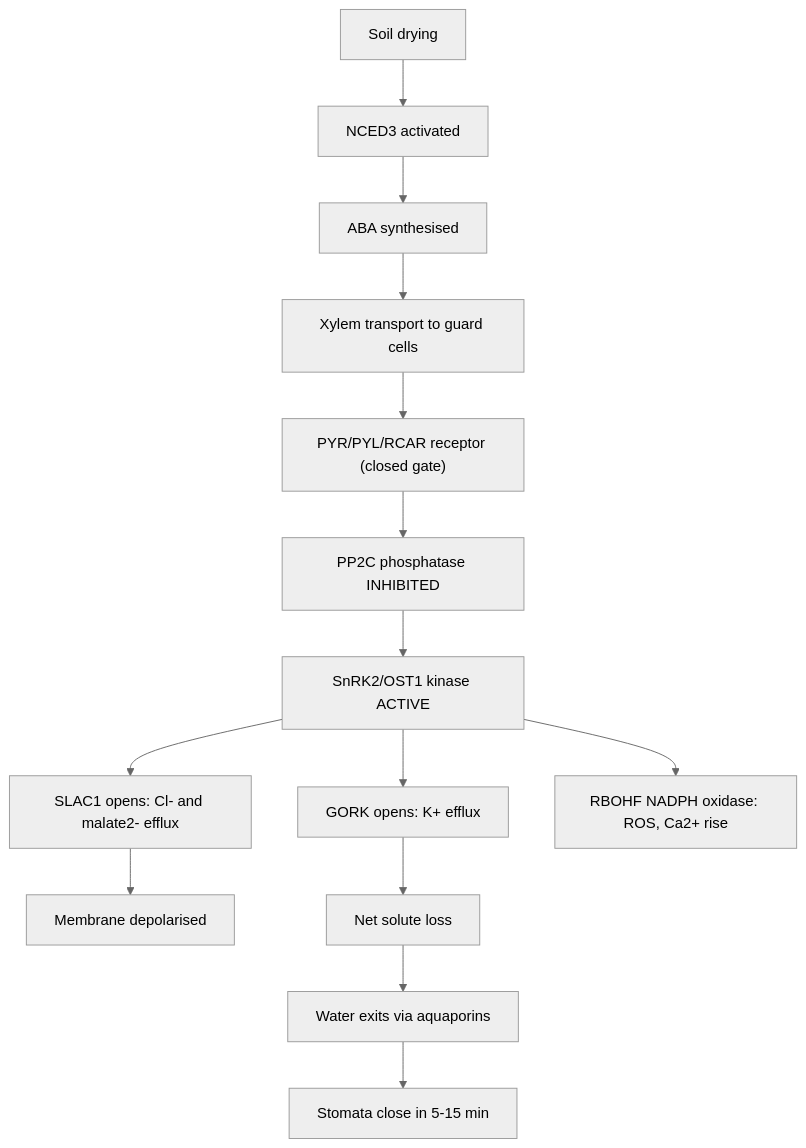
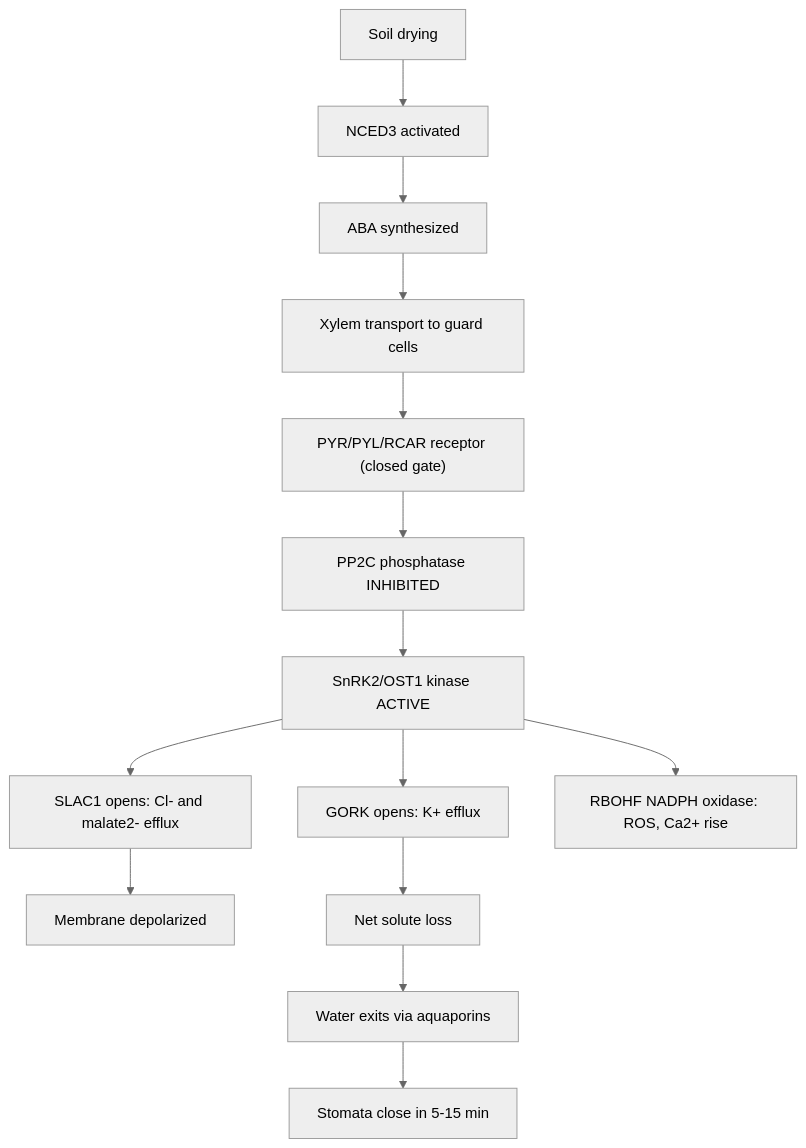
Before and after one commit to docxology/biology_textbook: the fifth of 6 diagrams in manuscript/unit_VIII/plant_structure_and_water.md, drawn with Mermaid (neutral theme). The commit also changed other lines of this file and 247 other files, not shown here.

````diff
--- a/manuscript/unit_VIII/plant_structure_and_water.md
+++ b/manuscript/unit_VIII/plant_structure_and_water.md
@@ -570,16 +570,16 @@
 ```mermaid
 flowchart TD
     Drought[Soil drying] --> NCED[NCED3 activated]
-    NCED --> ABA[ABA synthesised]
+    NCED --> ABA[ABA synthesized]
     ABA --> Xylem[Xylem transport to guard cells]
     Xylem --> PYR["PYR/PYL/RCAR receptor (closed gate)"]
     PYR --> PP2C[PP2C phosphatase INHIBITED]
     PP2C --> SnRK2[SnRK2/OST1 kinase ACTIVE]
     SnRK2 --> SLAC[SLAC1 opens: Cl- and malate2- efflux]
     SnRK2 --> GORK[GORK opens: K+ efflux]
     SnRK2 --> RBOH[RBOHF NADPH oxidase: ROS, Ca2+ rise]
-    SLAC --> Depol[Membrane depolarised]
+    SLAC --> Depol[Membrane depolarized]
     GORK --> Loss[Net solute loss]
     Loss --> Water[Water exits via aquaporins]
     Water --> Close[Stomata close in 5-15 min]
 ```
````
